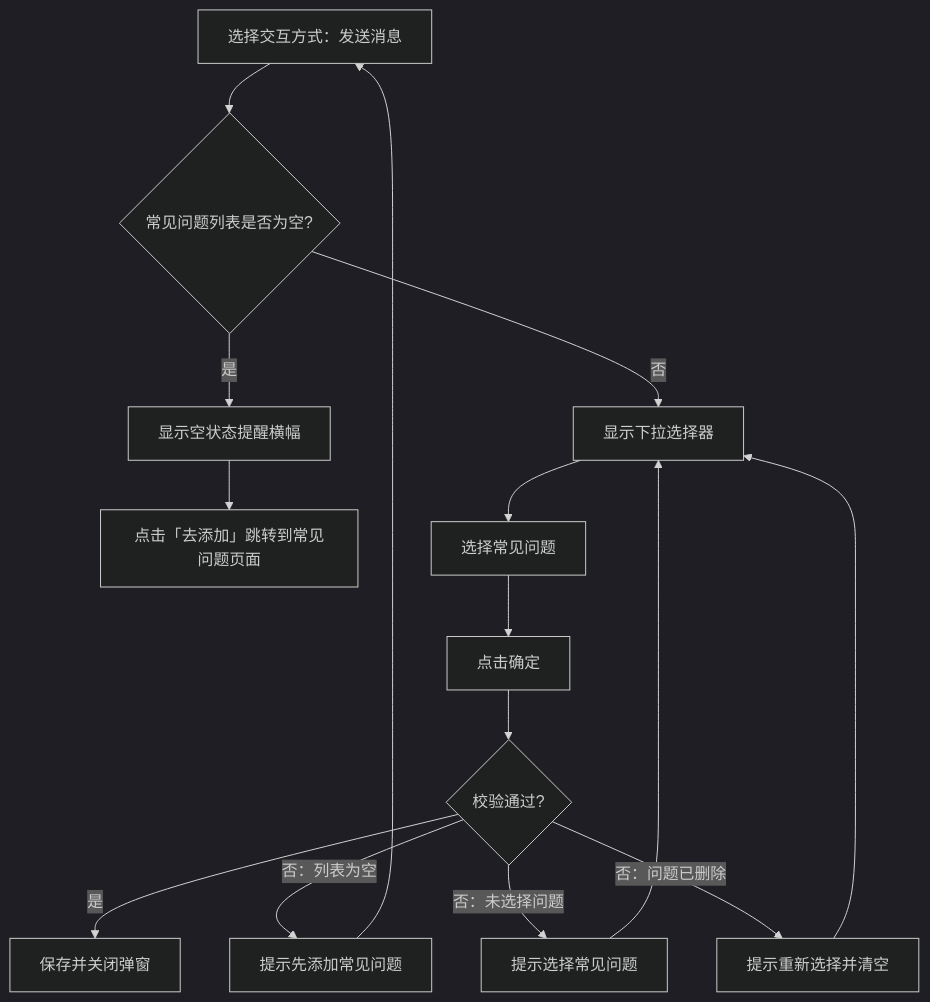
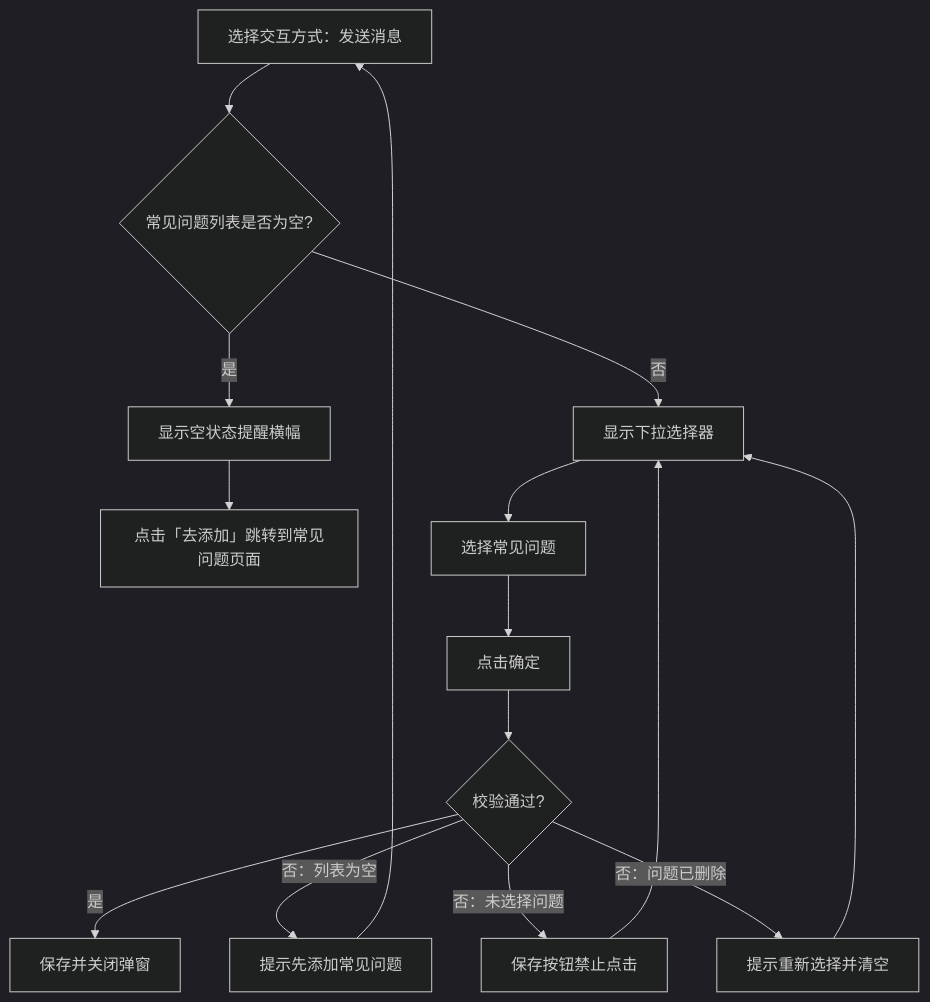
One commit to goeye/twt changed the diagram in docs/PRD-网页渠道快捷入口.md. Above: the diagram before and after it, drawn with Mermaid (dark theme). The commit also changed other lines of this file, not shown here.

````diff
--- a/docs/PRD-网页渠道快捷入口.md
+++ b/docs/PRD-网页渠道快捷入口.md
@@ -43,17 +43,17 @@
 ```mermaid
 flowchart TD
   A["选择交互方式：发送消息"] --> B{"常见问题列表是否为空?"}
   B -->|"是"| C["显示空状态提醒横幅"]
   B -->|"否"| D["显示下拉选择器"]
   C --> E["点击「去添加」跳转到常见问题页面"]
   D --> F["选择常见问题"]
   F --> G["点击确定"]
   G --> H{"校验通过?"}
   H -->|"是"| I["保存并关闭弹窗"]
   H -->|"否：列表为空"| J["提示先添加常见问题"]
-  H -->|"否：未选择问题"| K["提示选择常见问题"]
+  H -->|"否：未选择问题"| K["保存按钮禁止点击"]
   H -->|"否：问题已删除"| L["提示重新选择并清空"]
   J --> A
   K --> D
   L --> D
 ```
````
